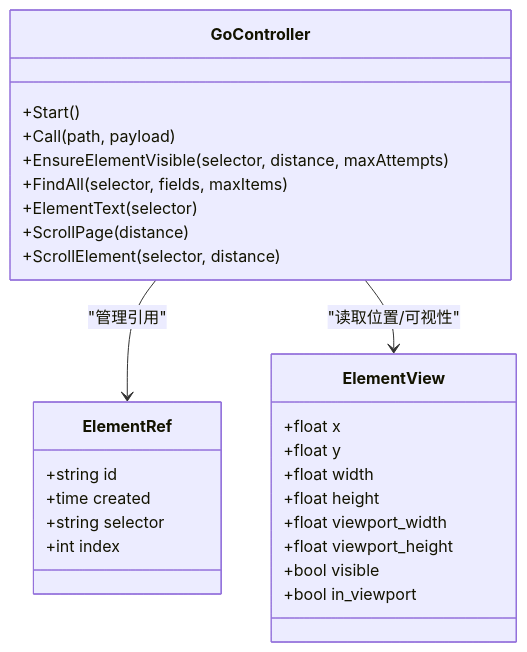
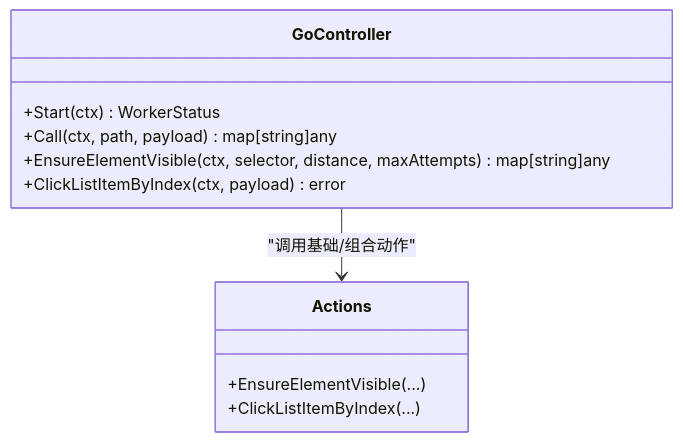
One commit to alvinwangzi/goodhr changed the fifth of 7 diagrams in .qoder/repowiki/zh/content/本地执行器/平台适配器/猎聘适配器/稳定点击机制.md. Above: the diagram before and after it, drawn with Mermaid. The commit also changed other lines of this file and 149 other files, not shown here.

````diff
--- a/.qoder/repowiki/zh/content/本地执行器/平台适配器/猎聘适配器/稳定点击机制.md
+++ b/.qoder/repowiki/zh/content/本地执行器/平台适配器/猎聘适配器/稳定点击机制.md
@@ -193,30 +181,14 @@
 ```mermaid
 classDiagram
 class GoController {
-+Start()
-+Call(path, payload)
-+EnsureElementVisible(selector, distance, maxAttempts)
-+FindAll(selector, fields, maxItems)
-+ElementText(selector)
-+ScrollPage(distance)
-+ScrollElement(selector, distance)
++Start(ctx) WorkerStatus
++Call(ctx, path, payload) map[string]any
++EnsureElementVisible(ctx, selector, distance, maxAttempts) map[string]any
++ClickListItemByIndex(ctx, payload) error
 }
-class ElementRef {
-+string id
-+time created
-+string selector
-+int index
+class Actions {
++EnsureElementVisible(...)
++ClickListItemByIndex(...)
 }
-class ElementView {
-+float x
-+float y
-+float width
-+float height
-+float viewport_width
-+float viewport_height
-+bool visible
-+bool in_viewport
-}
-GoController --> ElementRef : "管理引用"
-GoController --> ElementView : "读取位置/可视性"
+GoController --> Actions : "调用基础/组合动作"
 ```
````
